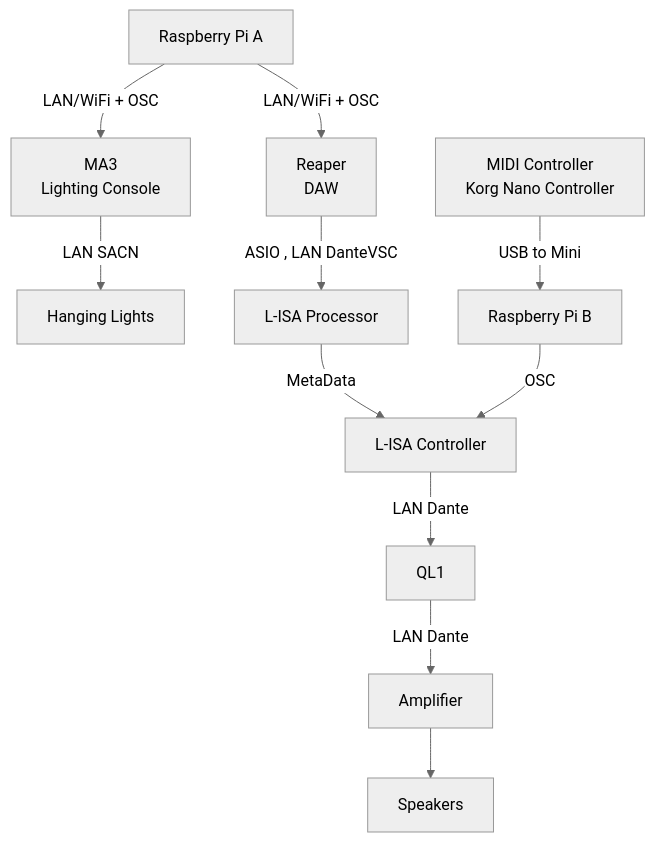
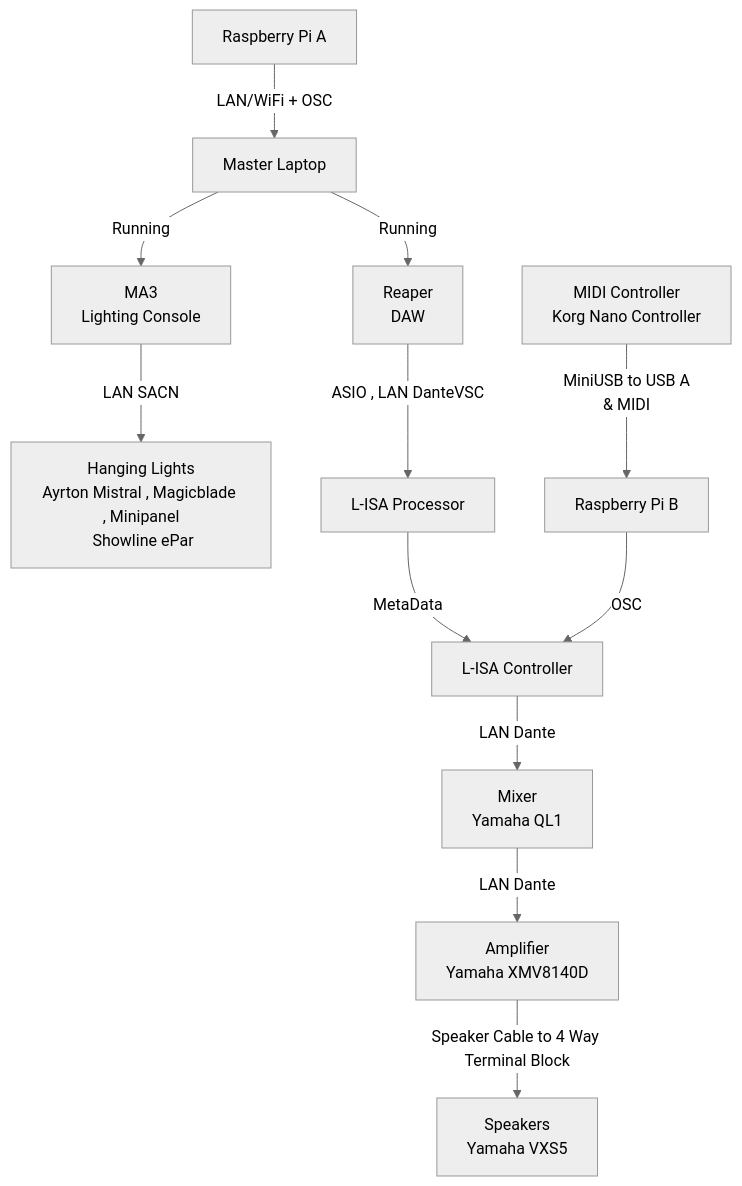
The diagram in POC/POC.md (tl0wh/EGL314_Team-A_Project-Repository), drawn with Mermaid (neutral theme) before and after one commit.

````diff
--- a/POC/POC.md
+++ b/POC/POC.md
@@ -10,13 +10,14 @@
 ```mermaid
 graph TD
-A[Raspberry Pi A ] --LAN/WiFi + OSC--> B[Reaper<br>DAW]
-A[Raspberry Pi A ] --LAN/WiFi + OSC --> C[MA3<br> Lighting Console]
-C[MA3<br> Lighting Console] --LAN SACN--> D[Hanging Lights]
+A[Raspberry Pi A ]--LAN/WiFi + OSC--> L[Master Laptop]
+L[Master Laptop] --Running--> B[Reaper<br>DAW]
+L--Running--> C[MA3<br> Lighting Console]
+C --LAN SACN--> D[Hanging Lights<br>Ayrton Mistral , Magicblade , Minipanel<br> Showline ePar]
 B[Reaper<br>DAW] --ASIO , LAN DanteVSC--> E[L-ISA Processor]
-E[L-ISA Processor] --MetaData--> F[L-ISA Controller]
-F[L-ISA Controller] --LAN Dante--> G[QL1]
-G[QL1]--LAN Dante--> H[Amplifier]
-H[Amplifier] --> I[Speakers]
-K[MIDI Controller<br>Korg Nano Controller]--USB to Mini-->J[Raspberry Pi B]
+E--MetaData--> F[L-ISA Controller]
+F --LAN Dante--> G[Mixer<br>Yamaha QL1]
+G--LAN Dante--> H[Amplifier<br> Yamaha XMV8140D]
+H -- Speaker Cable to 4 Way Terminal Block--> I[Speakers<br> Yamaha VXS5]
+K[MIDI Controller<br>Korg Nano Controller]--MiniUSB to USB A <br> & MIDI-->J[Raspberry Pi B]
 J[Raspberry Pi B]--OSC-->F[L-ISA Controller] 
 ```
````
